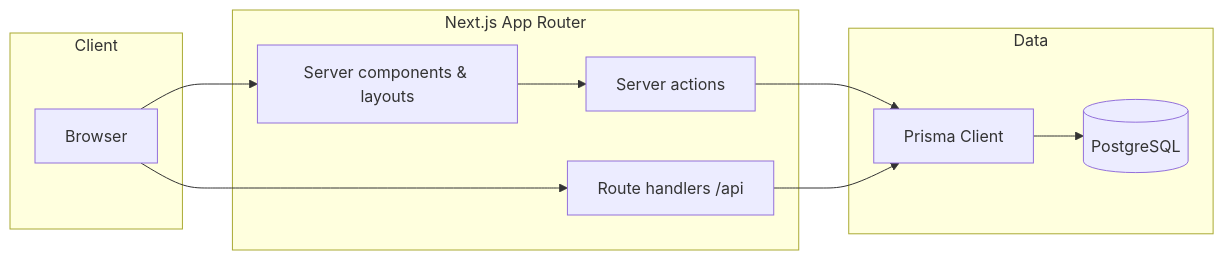
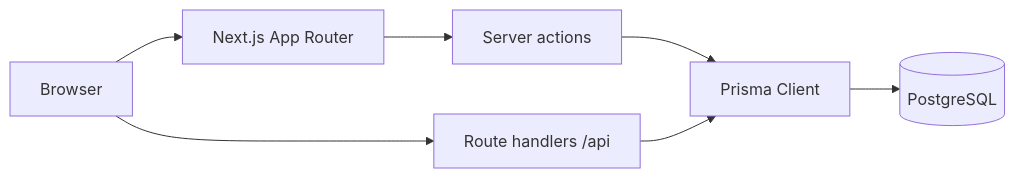
Before and after one commit to menkar/agent-skills-manager: the diagram in README.md, drawn with Mermaid. The commit also changed other lines of this file, not shown here.

````diff
--- a/README.md
+++ b/README.md
@@ -106,21 +89,16 @@
 ```mermaid
 flowchart LR
-  subgraph Client
-    Browser[Browser]
-  end
-  subgraph Next["Next.js App Router"]
-    RSC[Server components & layouts]
-    RH[Route handlers /api]
-    SA[Server actions]
-  end
-  subgraph Data
-    Prisma[Prisma Client]
-    PG[(PostgreSQL)]
-  end
-  Browser --> RSC
-  Browser --> RH
-  RSC --> SA
+  Browser[Browser]
+  Next[Next.js App Router]
+  API[Route handlers /api]
+  SA[Server actions]
+  Prisma[Prisma Client]
+  PG[(PostgreSQL)]
+
+  Browser --> Next
+  Browser --> API
+  Next --> SA
   SA --> Prisma
-  RH --> Prisma
+  API --> Prisma
   Prisma --> PG
 ```
````
